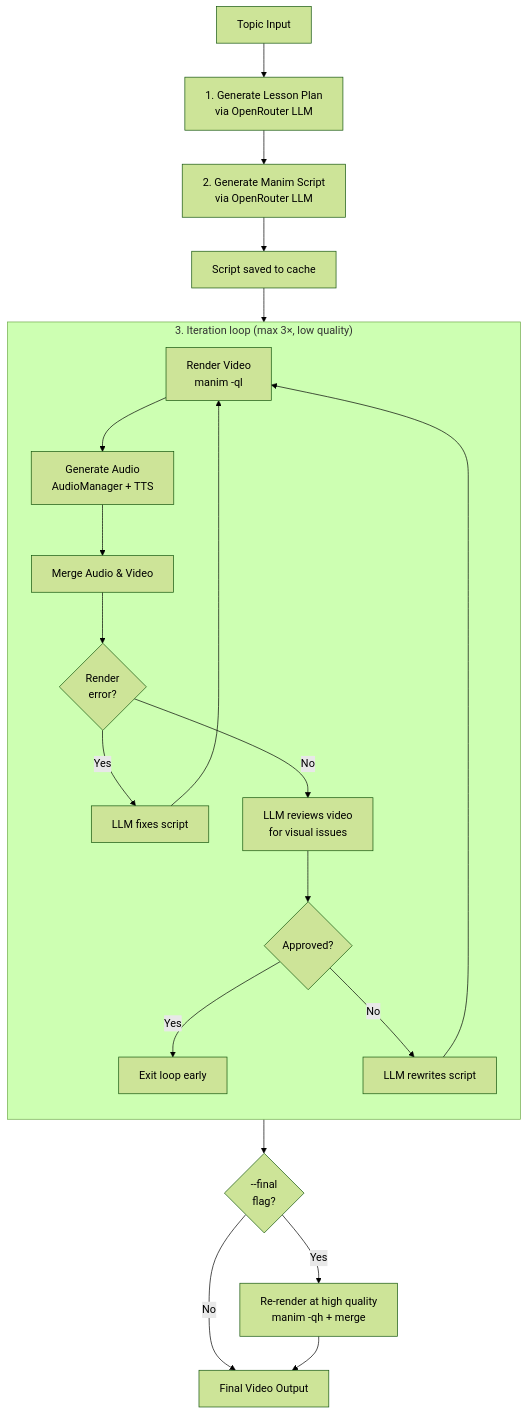
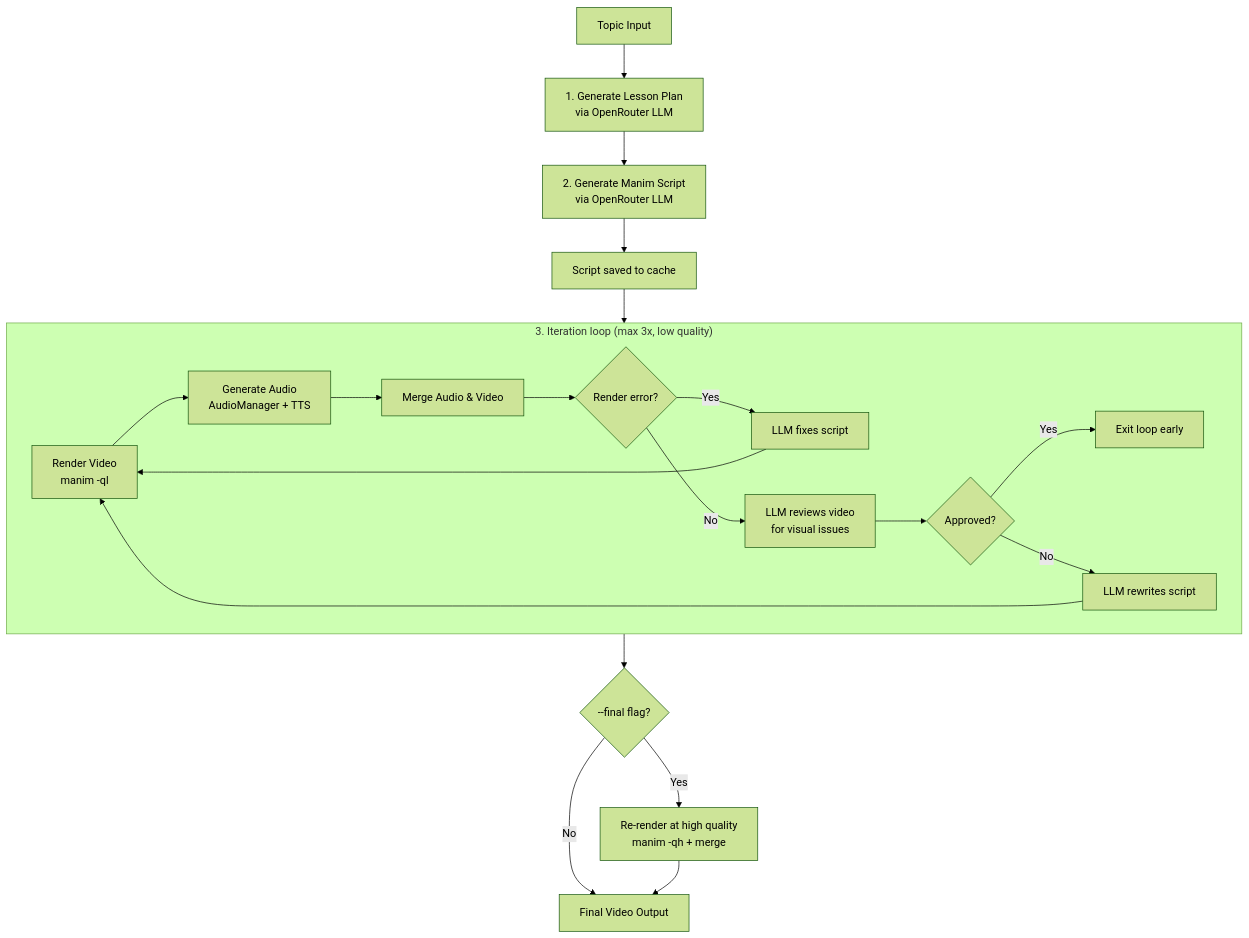
Before and after one commit to pizzaburgare/grasp: the diagram in README.md, drawn with Mermaid (forest theme).

Commit message:
fix: mermaid diagram

````diff
--- a/README.md
+++ b/README.md
@@ -91,26 +91,25 @@
 ```mermaid
 flowchart TD
-    A[Topic Input] --> B[1. Generate Lesson Plan\nvia OpenRouter LLM]
-    B --> C[2. Generate Manim Script\nvia OpenRouter LLM]
+    A[Topic Input] --> B["1. Generate Lesson Plan<br/>via OpenRouter LLM"]
+    B --> C["2. Generate Manim Script<br/>via OpenRouter LLM"]
     C --> D[Script saved to cache]
     D --> LOOP
 
-    subgraph LOOP["3. Iteration loop (max 3×, low quality)"]
-        direction TD
-        R[Render Video\nmanim -ql] --> AU[Generate Audio\nAudioManager + TTS]
-        AU --> M[Merge Audio & Video]
-        M --> ERR{Render\nerror?}
+    subgraph LOOP["3. Iteration loop (max 3x, low quality)"]
+        R["Render Video<br/>manim -ql"] --> AU["Generate Audio<br/>AudioManager + TTS"]
+        AU --> M[Merge Audio &amp; Video]
+        M --> ERR{Render error?}
         ERR -- Yes --> FIX[LLM fixes script]
         FIX --> R
-        ERR -- No --> REV[LLM reviews video\nfor visual issues]
+        ERR -- No --> REV["LLM reviews video<br/>for visual issues"]
         REV --> OK{Approved?}
         OK -- Yes --> DONE_LOOP[Exit loop early]
         OK -- No --> UPD[LLM rewrites script]
         UPD --> R
     end
 
-    LOOP --> FINAL{--final\nflag?}
-    FINAL -- Yes --> HQ[Re-render at high quality\nmanim -qh + merge]
+    LOOP --> FINAL{"--final flag?"}
+    FINAL -- Yes --> HQ["Re-render at high quality<br/>manim -qh + merge"]
     FINAL -- No --> OUT[Final Video Output]
     HQ --> OUT
 ```
````
